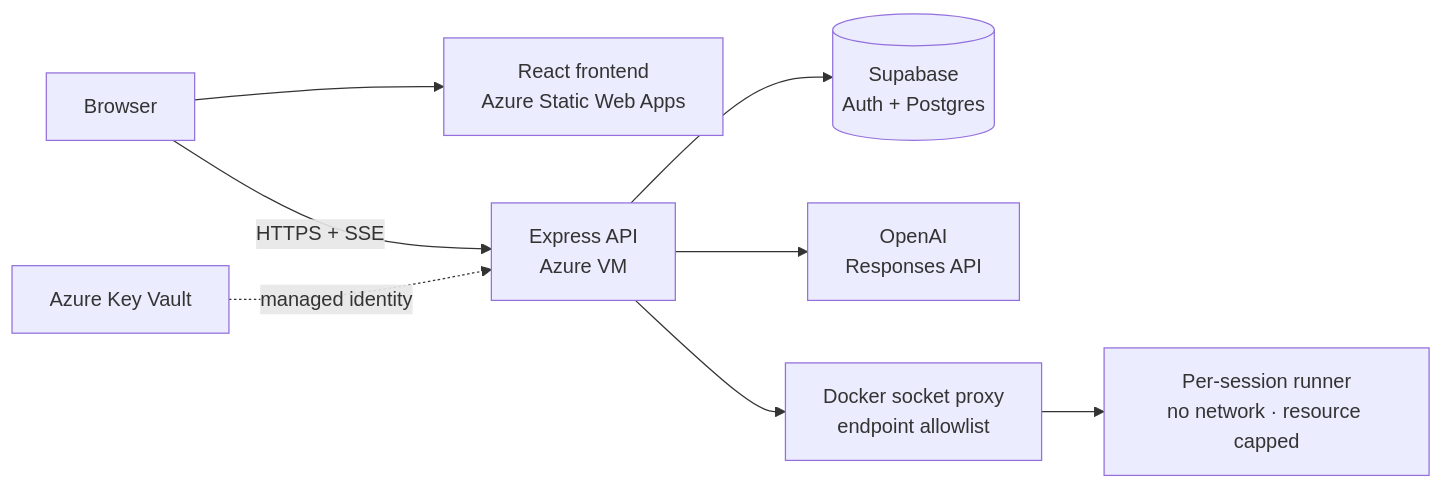
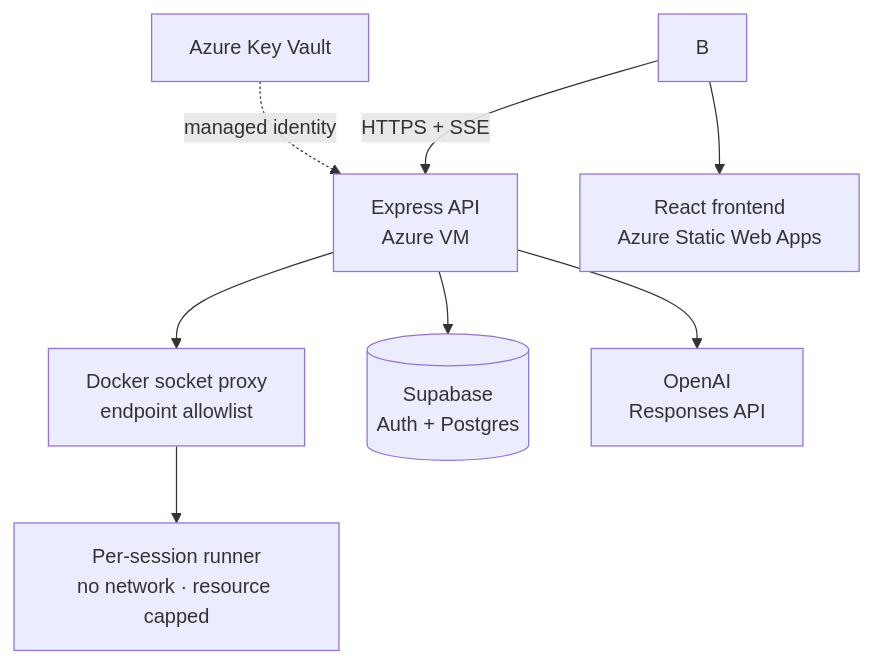
The diagram in README.md (msrivas-7/CodeTutor-AI), drawn with Mermaid before and after one commit.

Commit message:
docs: keep README architecture controls clear

````diff
--- a/README.md
+++ b/README.md
@@ -112,10 +112,10 @@
 ```mermaid
-flowchart LR
-    B[Browser] --> F[React frontend<br/>Azure Static Web Apps]
+flowchart TD
     B -->|HTTPS + SSE| A[Express API<br/>Azure VM]
+    A --> P[Docker socket proxy<br/>endpoint allowlist]
+    P --> R[Per-session runner<br/>no network · resource capped]
+    B --> F[React frontend<br/>Azure Static Web Apps]
     A --> S[(Supabase<br/>Auth + Postgres)]
     A --> O[OpenAI<br/>Responses API]
-    A --> P[Docker socket proxy<br/>endpoint allowlist]
-    P --> R[Per-session runner<br/>no network · resource capped]
     K[Azure Key Vault] -. managed identity .-> A
 ```
````
